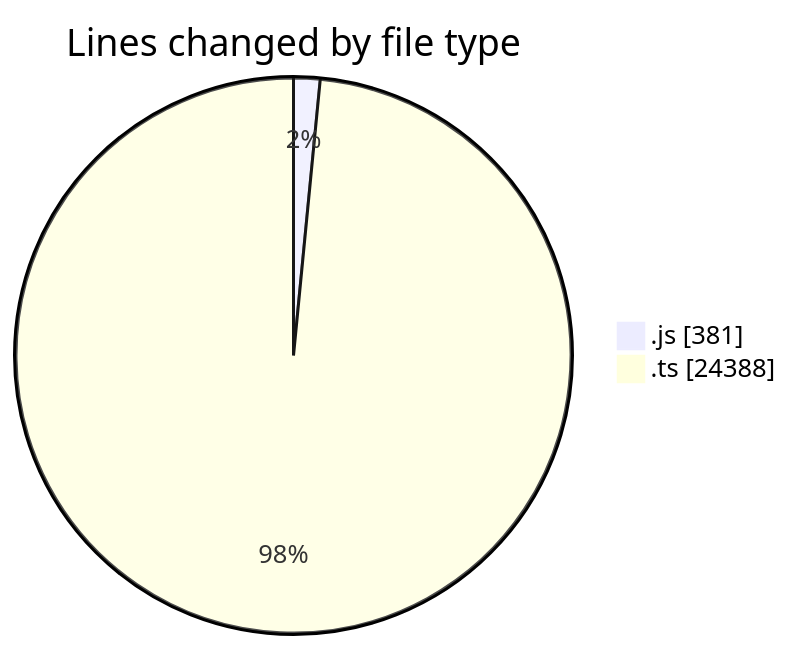
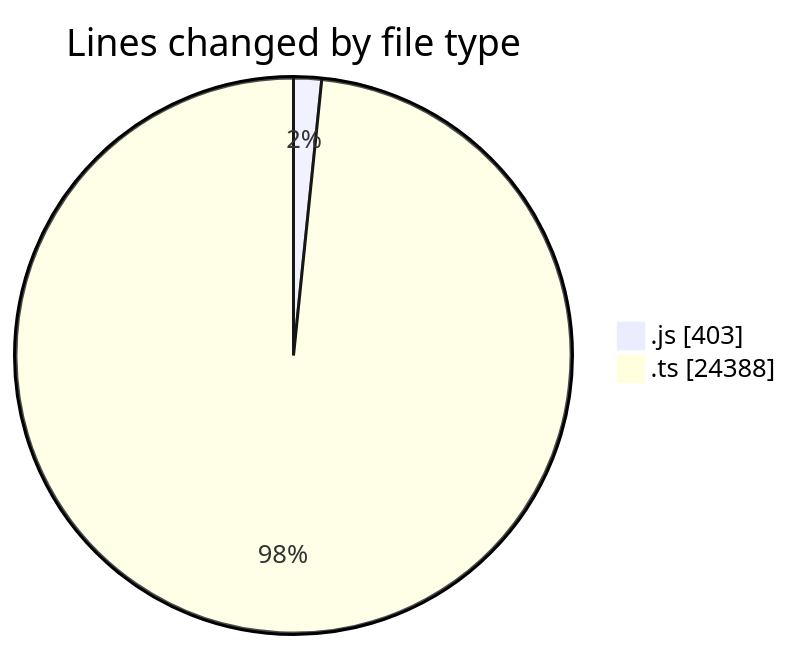
One commit to momahboobian/code-tracking changed the first of 2 diagrams in 2026-01-15/cda/README.md. Above: the diagram before and after it, drawn with Mermaid. The commit also changed other lines of this file and 1 other file, not shown here.

````diff
--- a/2026-01-15/cda/README.md
+++ b/2026-01-15/cda/README.md
@@ -25,6 +25,6 @@
 ```mermaid
 pie showData
 title Lines changed by file type
-".js" : 381
+".js" : 403
 ".ts" : 24388
 ```
````
